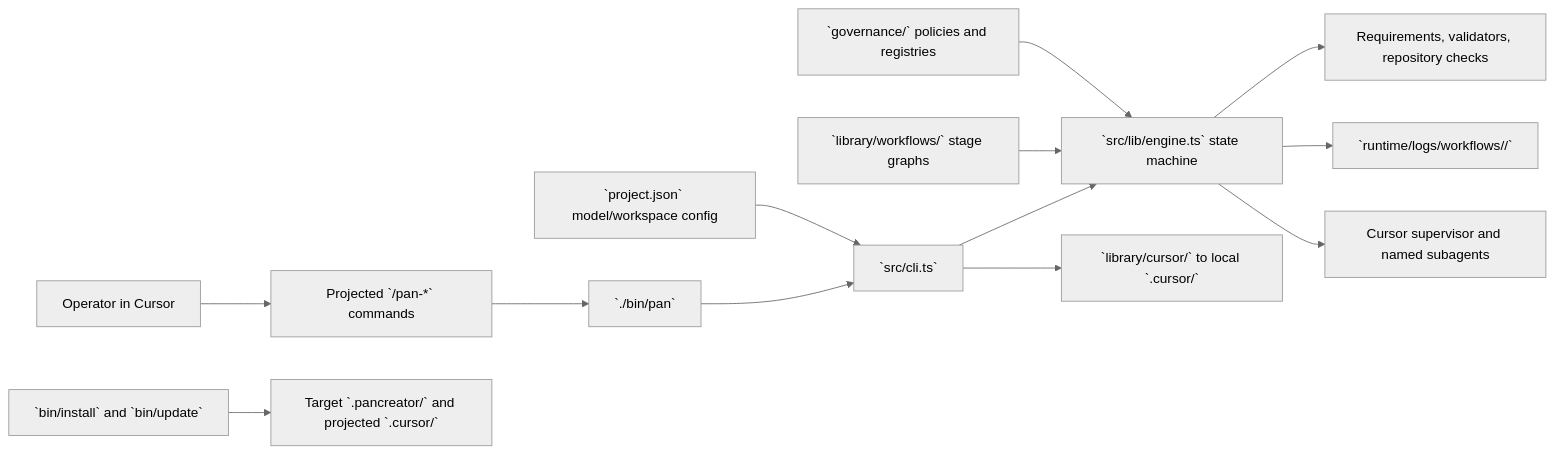
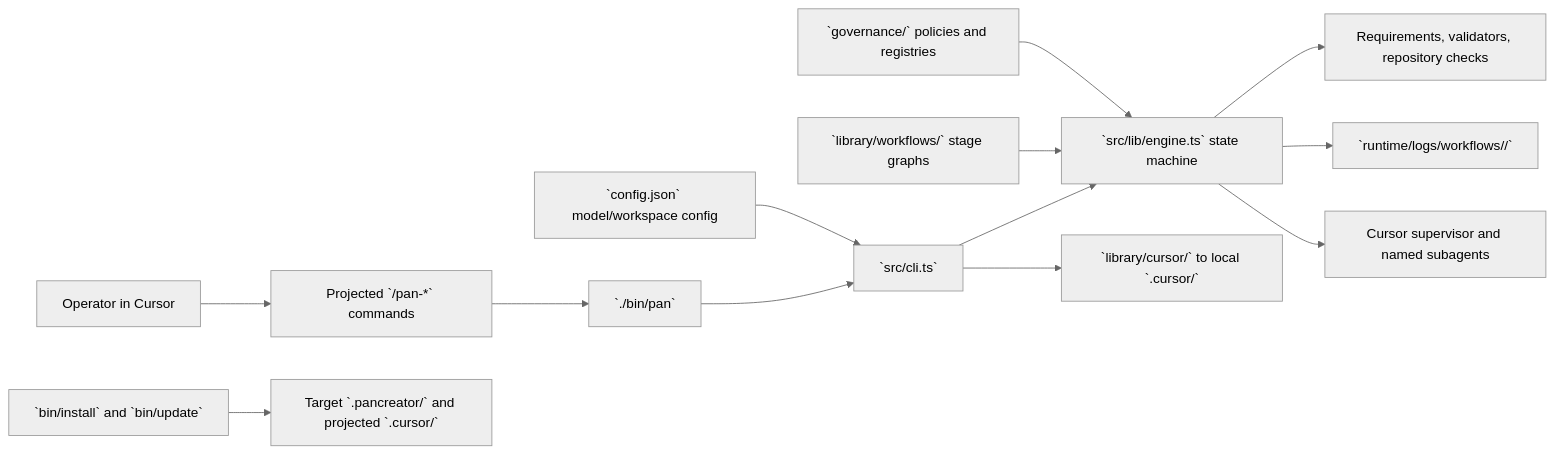
The diagram in docs/target-repo-primer.md (alenlukic/pancreator), drawn with Mermaid (neutral theme) before and after one commit. The commit also changed other lines of this file and 58 other files, not shown here.

````diff
--- a/docs/target-repo-primer.md
+++ b/docs/target-repo-primer.md
@@ -50,15 +50,15 @@
 ```mermaid
 flowchart LR
   Operator[Operator in Cursor] --> Commands[Projected `/pan-*` commands]
   Commands --> Pan[`./bin/pan`]
   Pan --> CLI[`src/cli.ts`]
   CLI --> Engine[`src/lib/engine.ts` state machine]
-  Project[`project.json` model/workspace config] --> CLI
+  Project[`config.json` model/workspace config] --> CLI
   Workflows[`library/workflows/` stage graphs] --> Engine
   Governance[`governance/` policies and registries] --> Engine
   Engine --> Validation[Requirements, validators, repository checks]
   Engine --> Runtime[`runtime/logs/workflows/<run-id>/`]
   Engine --> Workers[Cursor supervisor and named subagents]
   CLI --> Projection[`library/cursor/` to local `.cursor/`]
   Installer[`bin/install` and `bin/update`] --> Embedded[Target `.pancreator/` and projected `.cursor/`]
 ```
````
